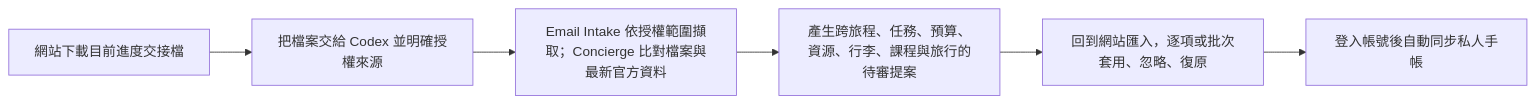
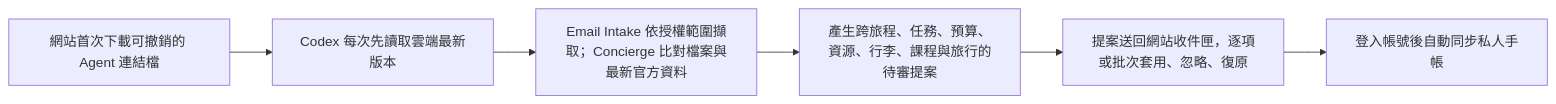
The diagram in README.md (NCCUJacky80936/exchange-companion), drawn with Mermaid before and after one commit. The commit also changed other lines of this file and 32 other files, not shown here.

````diff
--- a/README.md
+++ b/README.md
@@ -40,8 +40,8 @@
 ```mermaid
 flowchart LR
-  A["網站下載目前進度交接檔"] --> B["把檔案交給 Codex 並明確授權來源"]
+  A["網站首次下載可撤銷的 Agent 連結檔"] --> B["Codex 每次先讀取雲端最新版本"]
   B --> C["Email Intake 依授權範圍擷取；Concierge 比對檔案與最新官方資料"]
   C --> D["產生跨旅程、任務、預算、資源、行李、課程與旅行的待審提案"]
-  D --> E["回到網站匯入，逐項或批次套用、忽略、復原"]
+  D --> E["提案送回網站收件匣，逐項或批次套用、忽略、復原"]
   E --> F["登入帳號後自動同步私人手帳"]
 ```
````
